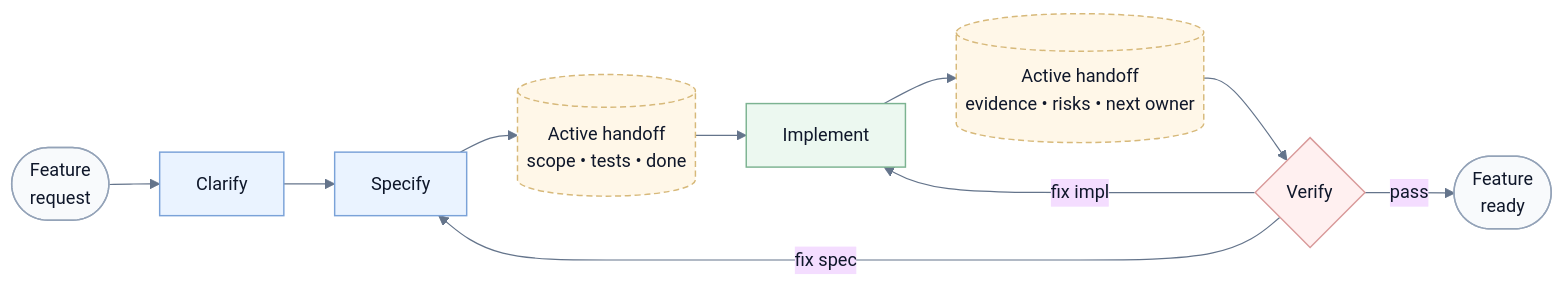
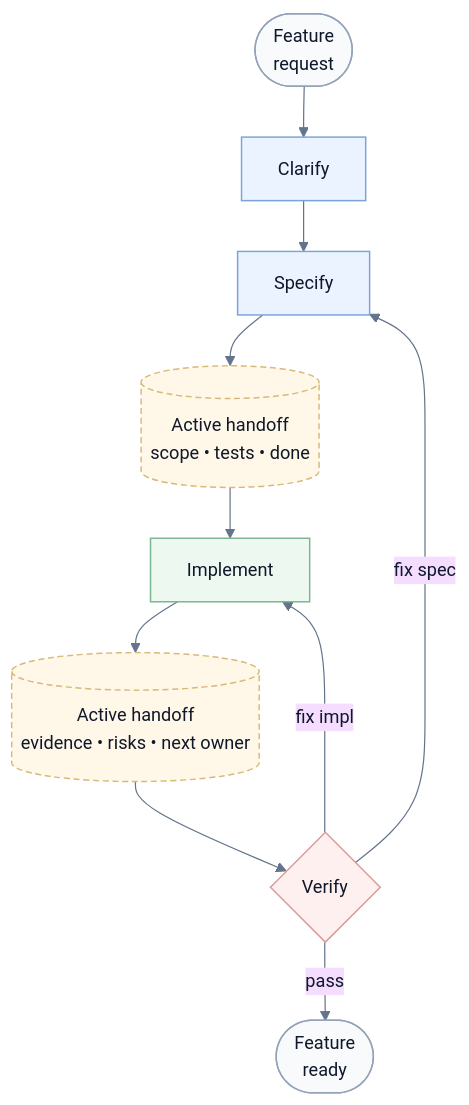
The diagram in README.md (EvMossan/devs), drawn with Mermaid before and after one commit.

Commit message:
modified:   README.md

````diff
--- a/README.md
+++ b/README.md
@@ -20,41 +20,41 @@
 ```mermaid
 %%{init: {
   "theme": "base",
   "flowchart": {
     "curve": "basis",
     "nodeSpacing": 40,
     "rankSpacing": 42
   },
   "themeVariables": {
     "fontFamily": "Inter, Segoe UI, Arial, sans-serif",
     "fontSize": "15px",
     "primaryTextColor": "#0f172a",
     "lineColor": "#64748b"
   }
 }}%%
-flowchart LR
+flowchart TD
     A(["Feature<br/>request"]) --> B["Clarify"]
     B --> C["Specify"]
 
     C --> H1[("Active handoff<br/>scope • tests • done")]
     H1 --> D["Implement"]
 
     D --> H2[("Active handoff<br/>evidence • risks • next owner")]
     H2 --> E{"Verify"}
 
     E -->|"pass"| F(["Feature<br/>ready"])
     E -->|"fix spec"| C
     E -->|"fix impl"| D
 
     classDef startend fill:#f8fafc,stroke:#94a3b8,color:#0f172a,stroke-width:1.2px;
     classDef spec fill:#eaf3ff,stroke:#7aa2d8,color:#0f172a,stroke-width:1.2px;
     classDef build fill:#ecf8f0,stroke:#7cb391,color:#0f172a,stroke-width:1.2px;
     classDef verify fill:#fff0f0,stroke:#d99a9a,color:#0f172a,stroke-width:1.2px;
     classDef memory fill:#fff7e8,stroke:#d7b97a,color:#0f172a,stroke-width:1.2px,stroke-dasharray: 5 3;
 
     class A,F startend;
     class B,C spec;
     class D build;
     class E verify;
     class H1,H2 memory;
 ```
````
